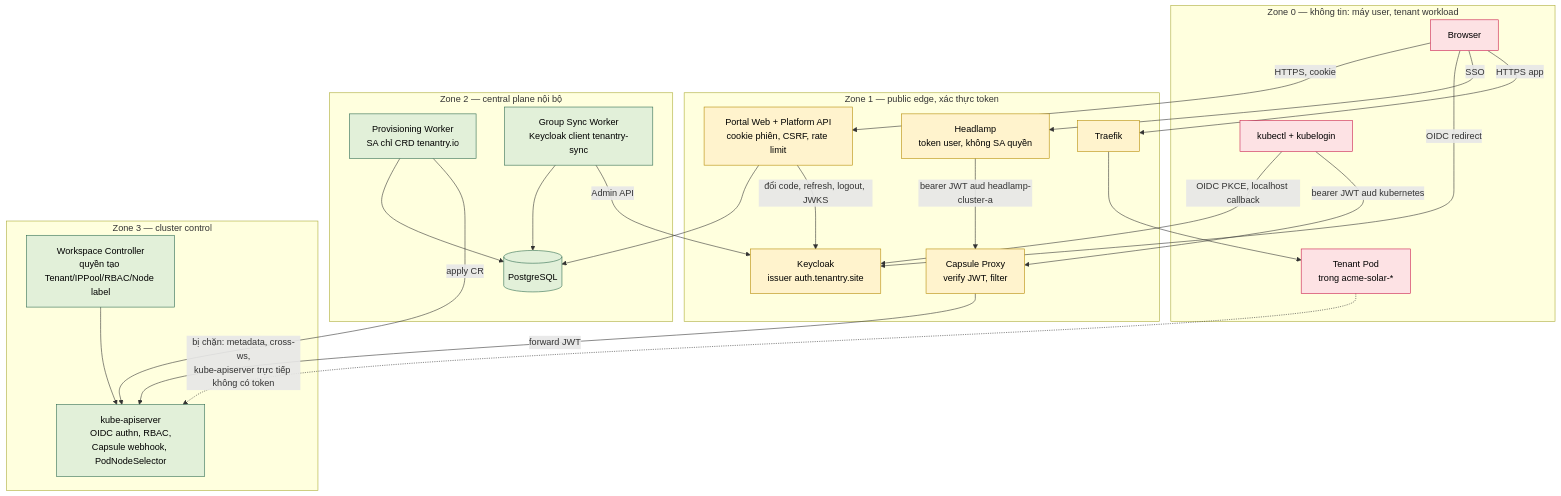
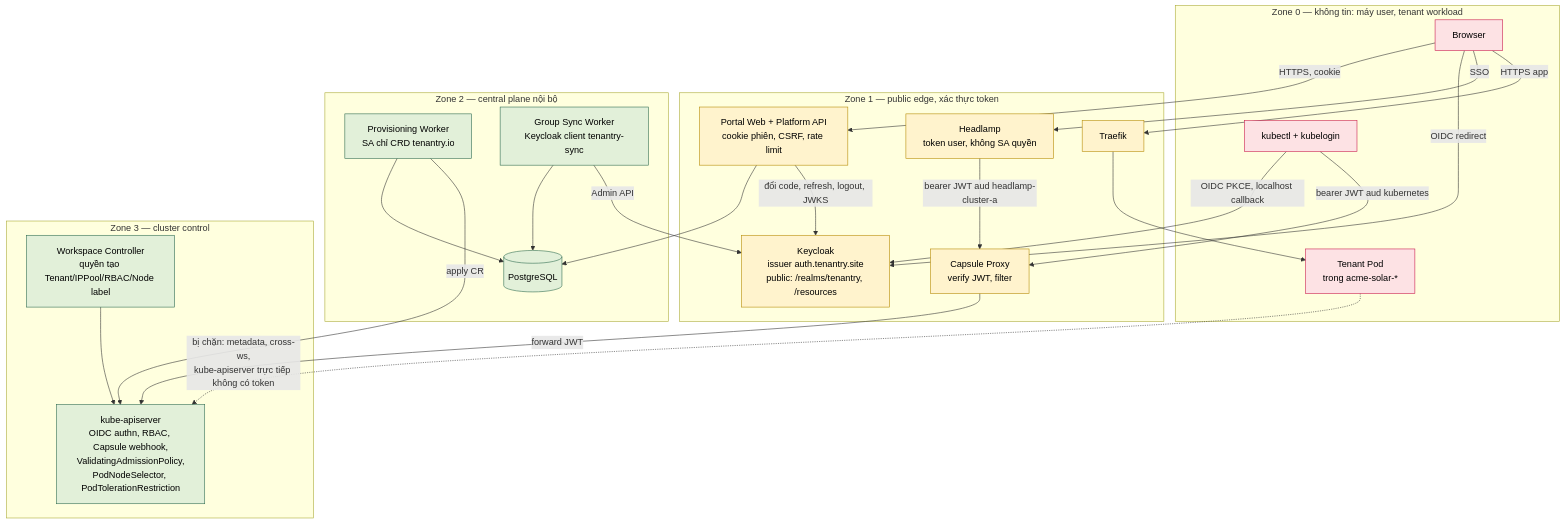
Before and after one commit to thaihoc1310/tenantry: the first of 4 diagrams in docs/architecture/06-security-and-identity.md, drawn with Mermaid. The commit also changed other lines of this file and 14 other files, not shown here.

Commit message:
docs: full review of M0-M12 with org slugs without hyphens, one shared quota per Workspace, tenant RoleBinding and network admission policies, kube-proxy local detection by interface, in-app ownership transfer, missing endpoints, and demo numbers that fit the lab

````diff
--- a/docs/architecture/06-security-and-identity.md
+++ b/docs/architecture/06-security-and-identity.md
@@ -9,49 +9,49 @@
 ```mermaid
 flowchart TB
   classDef untrusted fill:#fde2e4,stroke:#c9184a,color:#000
   classDef semi fill:#fff3cd,stroke:#b58900,color:#000
   classDef trusted fill:#e2f0d9,stroke:#2d6a4f,color:#000
 
   subgraph Z0["Zone 0 — không tin: máy user, tenant workload"]
     B["Browser"]:::untrusted
     K["kubectl + kubelogin"]:::untrusted
     Pod["Tenant Pod<br/>trong acme-solar-*"]:::untrusted
   end
 
   subgraph Z1["Zone 1 — public edge, xác thực token"]
     Portal["Portal Web + Platform API<br/>cookie phiên, CSRF, rate limit"]:::semi
-    KC["Keycloak<br/>issuer auth.tenantry.site"]:::semi
+    KC["Keycloak<br/>issuer auth.tenantry.site<br/>public: /realms/tenantry, /resources"]:::semi
     CP["Capsule Proxy<br/>verify JWT, filter"]:::semi
     HL["Headlamp<br/>token user, không SA quyền"]:::semi
     Ing["Traefik"]:::semi
   end
 
   subgraph Z2["Zone 2 — central plane nội bộ"]
     PG[("PostgreSQL")]:::trusted
     PW["Provisioning Worker<br/>SA chỉ CRD tenantry.io"]:::trusted
     GS["Group Sync Worker<br/>Keycloak client tenantry-sync"]:::trusted
   end
 
   subgraph Z3["Zone 3 — cluster control"]
-    APIS["kube-apiserver<br/>OIDC authn, RBAC,<br/>Capsule webhook, PodNodeSelector"]:::trusted
+    APIS["kube-apiserver<br/>OIDC authn, RBAC, Capsule webhook,<br/>ValidatingAdmissionPolicy,<br/>PodNodeSelector, PodTolerationRestriction"]:::trusted
     WC["Workspace Controller<br/>quyền tạo Tenant/IPPool/RBAC/Node label"]:::trusted
   end
 
   B -->|"HTTPS, cookie"| Portal
   B -->|"OIDC redirect"| KC
   K -->|"OIDC PKCE, localhost callback"| KC
   K -->|"bearer JWT aud kubernetes"| CP
   B -->|"SSO"| HL
   HL -->|"bearer JWT aud headlamp-cluster-a"| CP
   Portal --> PG
   Portal -->|"đổi code, refresh, logout, JWKS"| KC
   PW --> PG
   PW -->|"apply CR"| APIS
   GS --> PG
   GS -->|"Admin API"| KC
   CP -->|"forward JWT"| APIS
   WC --> APIS
   Pod -.->|"bị chặn: metadata, cross-ws,<br/>kube-apiserver trực tiếp không có token"| APIS
   B -->|"HTTPS app"| Ing
   Ing --> Pod
 ```
````
